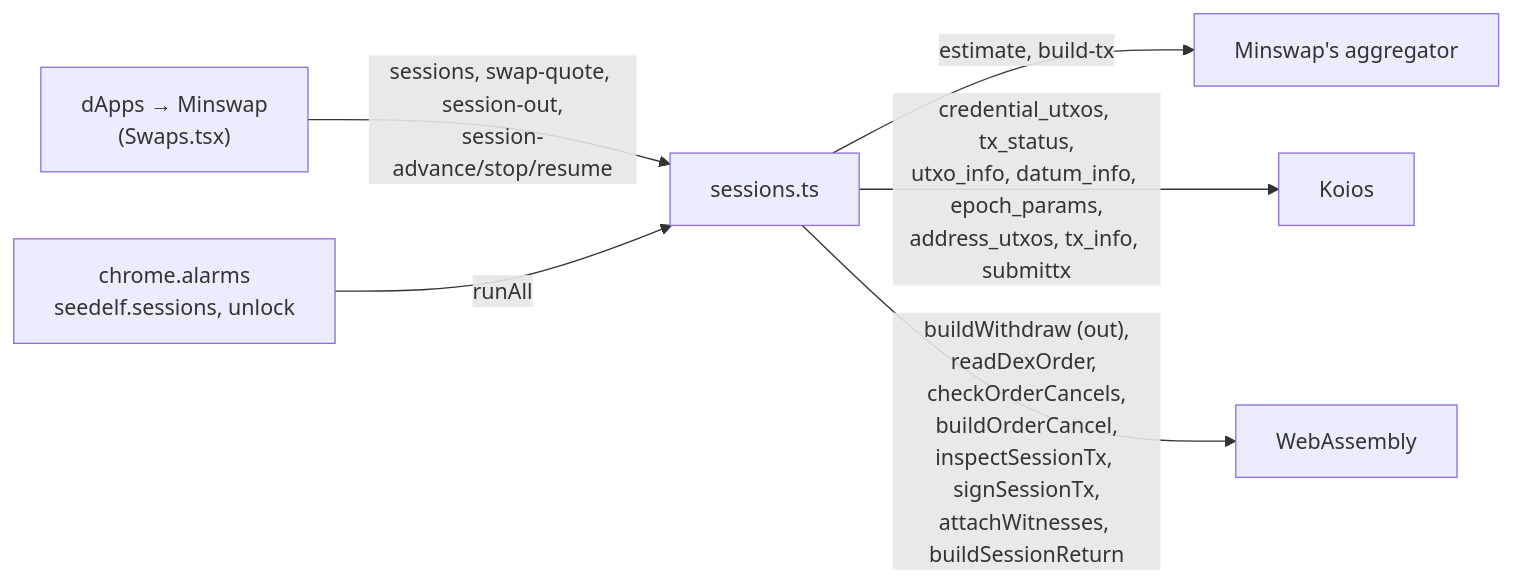
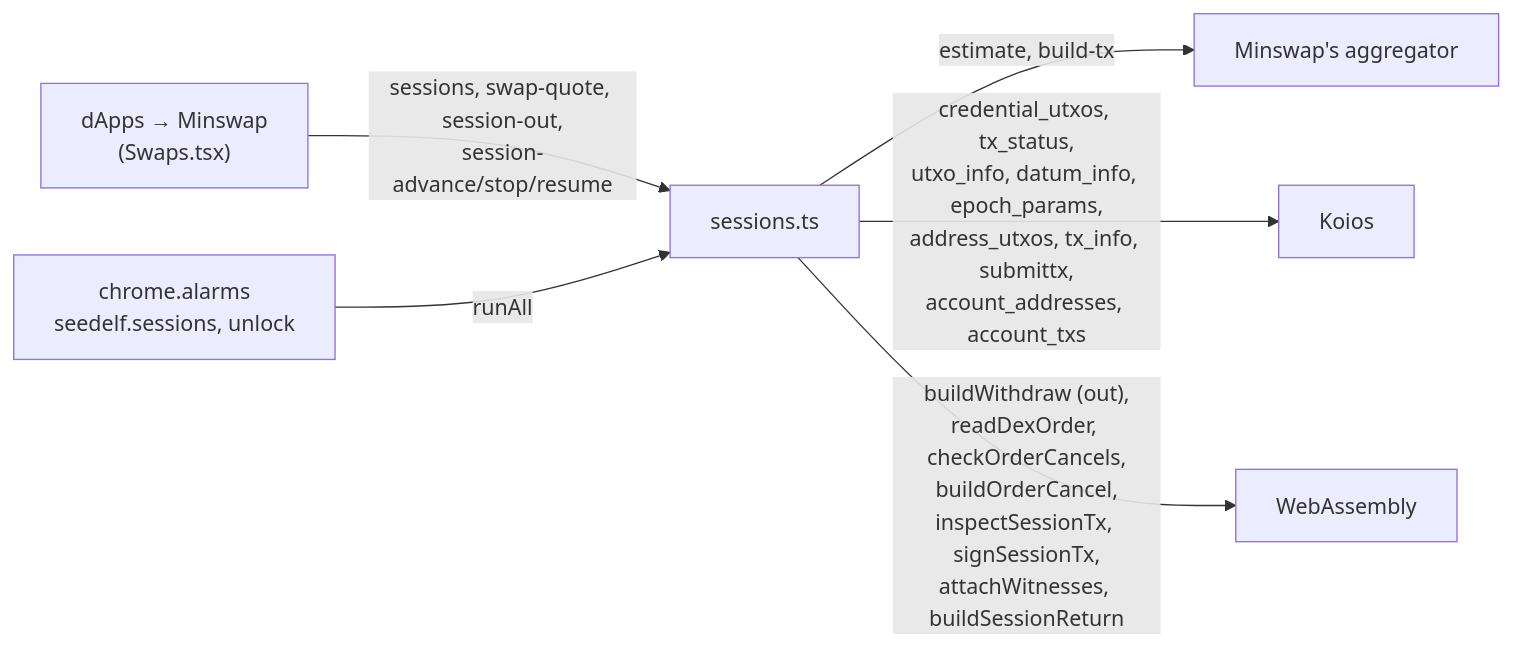
One commit to logical-mechanism/Seedelf-Wallet changed the third of 4 diagrams in seedelf-platform/seedelf-web-wallet/docs/architecture.md. Above: the diagram before and after it, drawn with Mermaid. The commit also changed other lines of this file and 7 other files, not shown here.

````diff
--- a/seedelf-platform/seedelf-web-wallet/docs/architecture.md
+++ b/seedelf-platform/seedelf-web-wallet/docs/architecture.md
@@ -579,8 +579,8 @@
 ```mermaid
 flowchart LR
   UI["dApps → Minswap<br/>(Swaps.tsx)"] -- "sessions, swap-quote, session-out,<br/>session-advance/stop/resume" --> S["sessions.ts"]
   A["chrome.alarms<br/>seedelf.sessions, unlock"] -- "runAll" --> S
   S -- "estimate, build-tx" --> M["Minswap's aggregator"]
-  S -- "credential_utxos, tx_status,<br/>utxo_info, datum_info, epoch_params,<br/>address_utxos, tx_info, submittx" --> K["Koios"]
+  S -- "credential_utxos, tx_status,<br/>utxo_info, datum_info, epoch_params,<br/>address_utxos, tx_info, submittx,<br/>account_addresses, account_txs" --> K["Koios"]
   S -- "buildWithdraw (out),<br/>readDexOrder, checkOrderCancels,<br/>buildOrderCancel,<br/>inspectSessionTx, signSessionTx,<br/>attachWitnesses, buildSessionReturn" --> X["WebAssembly"]
 ```
````
